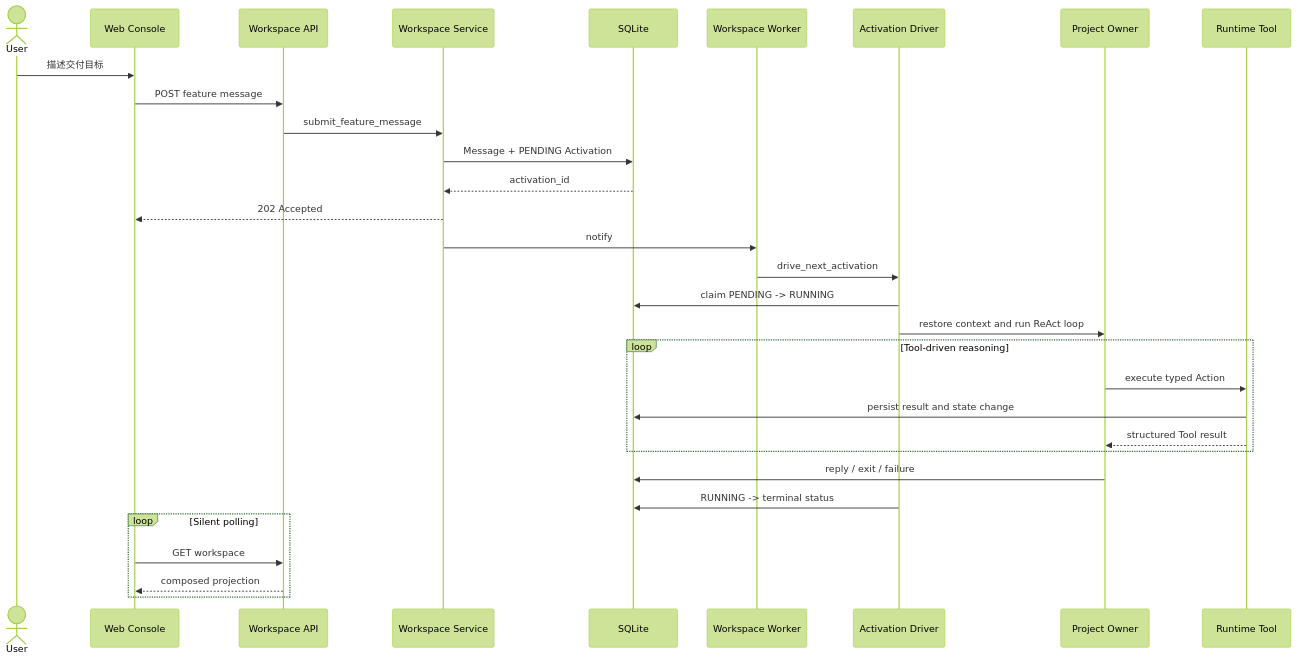
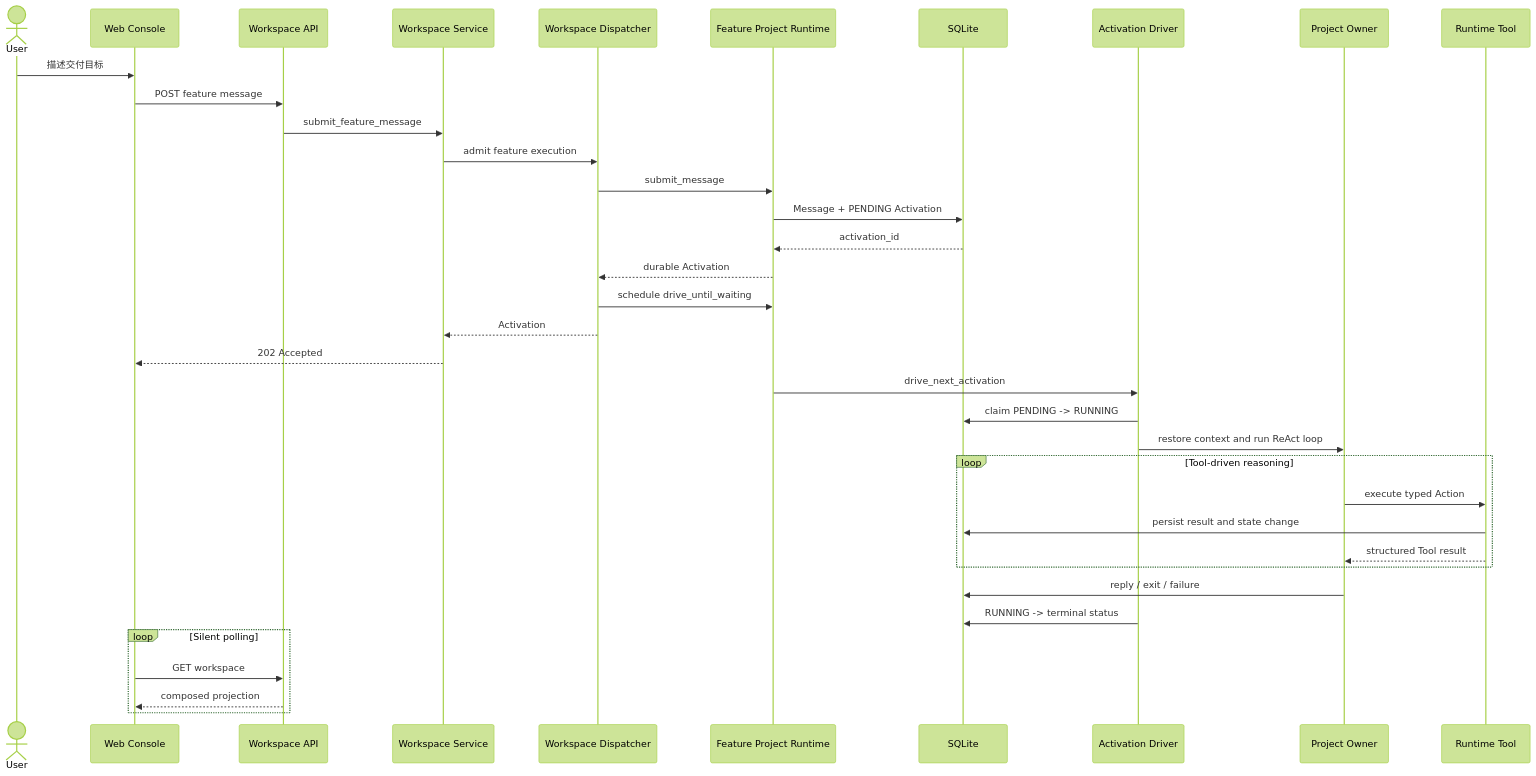
The fourth of 10 diagrams in docs/architecture.md (aowo-1345/AgentPanelX), drawn with Mermaid (forest theme) before and after one commit. The commit also changed other lines of this file and 24 other files, not shown here.

Commit message:
feat: direct workspace feature scheduling

````diff
--- a/docs/architecture.md
+++ b/docs/architecture.md
@@ -190,34 +201,39 @@
 ```mermaid
 sequenceDiagram
     actor User
     participant Web as Web Console
     participant API as Workspace API
     participant WS as Workspace Service
+    participant Dispatcher as Workspace Dispatcher
+    participant Runtime as Feature Project Runtime
     participant DB as SQLite
-    participant Worker as Workspace Worker
     participant Driver as Activation Driver
     participant Owner as Project Owner
     participant Tool as Runtime Tool
 
     User->>Web: 描述交付目标
     Web->>API: POST feature message
     API->>WS: submit_feature_message
-    WS->>DB: Message + PENDING Activation
-    DB-->>WS: activation_id
+    WS->>Dispatcher: admit feature execution
+    Dispatcher->>Runtime: submit_message
+    Runtime->>DB: Message + PENDING Activation
+    DB-->>Runtime: activation_id
+    Runtime-->>Dispatcher: durable Activation
+    Dispatcher->>Runtime: schedule drive_until_waiting
+    Dispatcher-->>WS: Activation
     WS-->>Web: 202 Accepted
-    WS->>Worker: notify
-    Worker->>Driver: drive_next_activation
+    Runtime->>Driver: drive_next_activation
     Driver->>DB: claim PENDING -> RUNNING
     Driver->>Owner: restore context and run ReAct loop
     loop Tool-driven reasoning
         Owner->>Tool: execute typed Action
         Tool->>DB: persist result and state change
         Tool-->>Owner: structured Tool result
     end
     Owner->>DB: reply / exit / failure
     Driver->>DB: RUNNING -> terminal status
     loop Silent polling
         Web->>API: GET workspace
         API-->>Web: composed projection
     end
 ```
````
